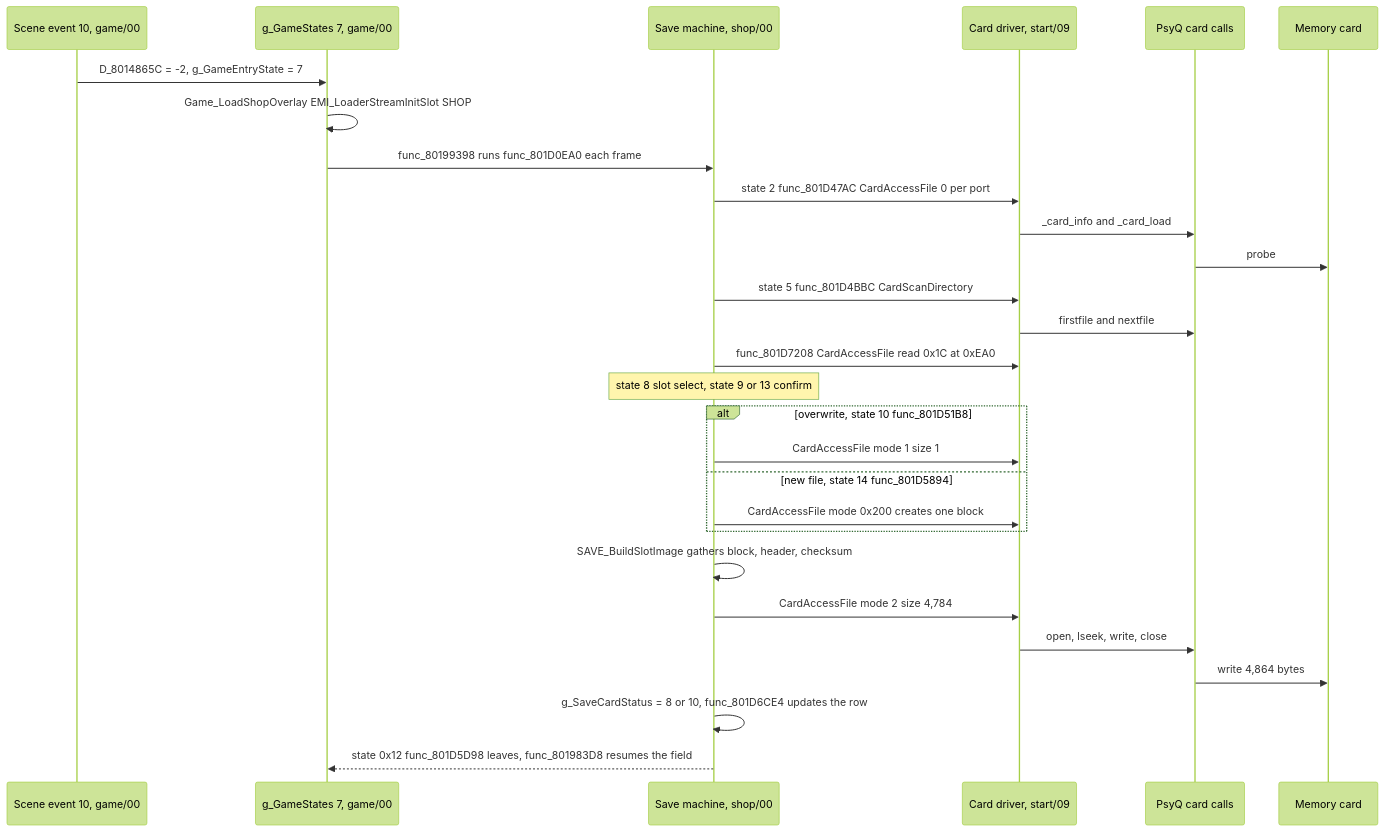
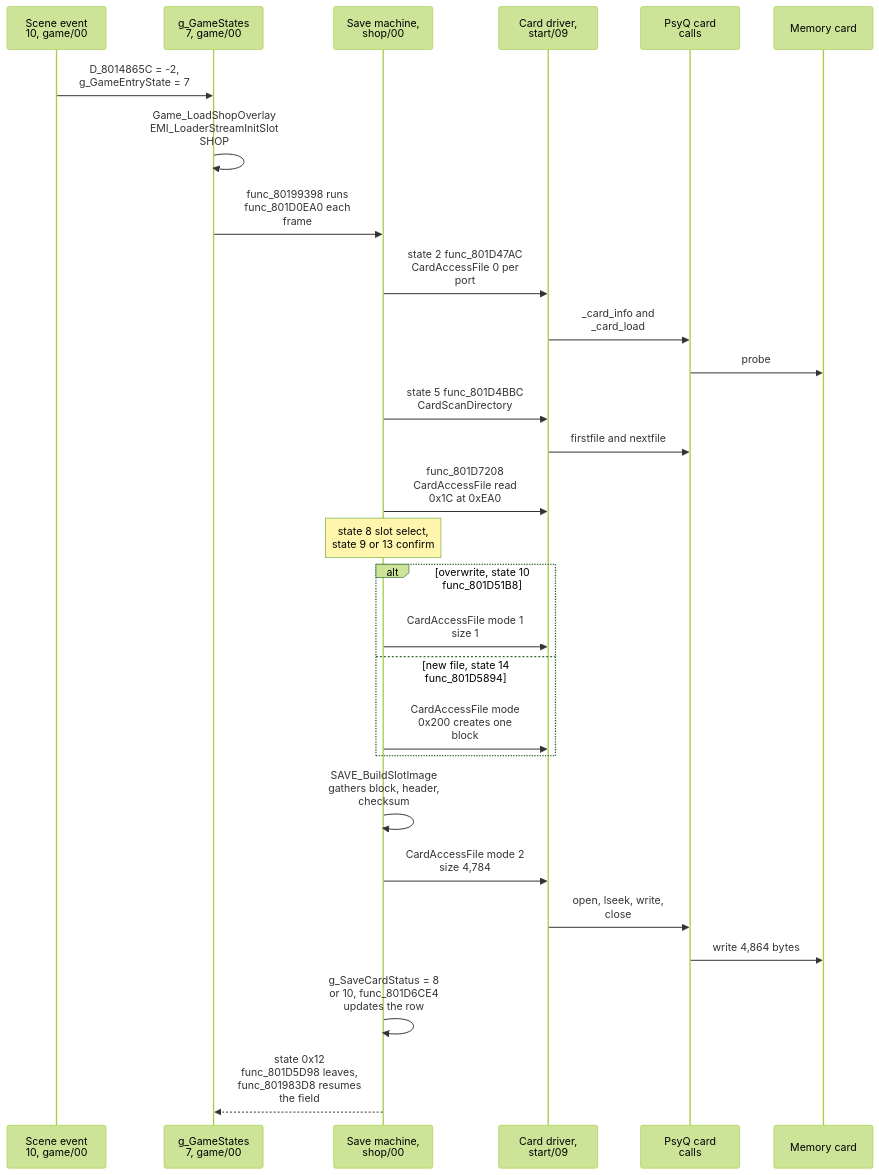
The first of 2 diagrams in src/content/docs/systems/saving.md (raulcorreia7/bof3-wiki), drawn with Mermaid (forest theme) before and after one commit. The commit also changed other lines of this file and 7 other files, not shown here.

Commit message:
fix(diagrams): break long sequence labels by hand, stop line-over-label and overlap

````diff
--- a/src/content/docs/systems/saving.md
+++ b/src/content/docs/systems/saving.md
@@ -32,31 +32,31 @@
 ```mermaid
 sequenceDiagram
-    participant Ev as Scene event 10, game/00
-    participant Main as g_GameStates 7, game/00
-    participant Sav as Save machine, shop/00
-    participant Drv as Card driver, start/09
-    participant Bios as PsyQ card calls
+    participant Ev as Scene event<br/>10, game/00
+    participant Main as g_GameStates<br/>7, game/00
+    participant Sav as Save machine,<br/>shop/00
+    participant Drv as Card driver,<br/>start/09
+    participant Bios as PsyQ card<br/>calls
     participant Card as Memory card
 
-    Ev->>Main: D_8014865C = -2, g_GameEntryState = 7
-    Main->>Main: Game_LoadShopOverlay EMI_LoaderStreamInitSlot SHOP
-    Main->>Sav: func_80199398 runs func_801D0EA0 each frame
-    Sav->>Drv: state 2 func_801D47AC CardAccessFile 0 per port
-    Drv->>Bios: _card_info and _card_load
+    Ev->>Main: D_8014865C = -2,<br/>g_GameEntryState = 7
+    Main->>Main: Game_LoadShopOverlay<br/>EMI_LoaderStreamInitSlot<br/>SHOP
+    Main->>Sav: func_80199398 runs<br/>func_801D0EA0 each<br/>frame
+    Sav->>Drv: state 2 func_801D47AC<br/>CardAccessFile 0 per<br/>port
+    Drv->>Bios: _card_info and<br/>_card_load
     Bios->>Card: probe
-    Sav->>Drv: state 5 func_801D4BBC CardScanDirectory
+    Sav->>Drv: state 5 func_801D4BBC<br/>CardScanDirectory
     Drv->>Bios: firstfile and nextfile
-    Sav->>Drv: func_801D7208 CardAccessFile read 0x1C at 0xEA0
-    Note over Sav: state 8 slot select, state 9 or 13 confirm
-    alt overwrite, state 10 func_801D51B8
-        Sav->>Drv: CardAccessFile mode 1 size 1
-    else new file, state 14 func_801D5894
-        Sav->>Drv: CardAccessFile mode 0x200 creates one block
+    Sav->>Drv: func_801D7208<br/>CardAccessFile read<br/>0x1C at 0xEA0
+    Note over Sav: state 8 slot select,<br/>state 9 or 13 confirm
+    alt overwrite, state 10<br/>func_801D51B8
+        Sav->>Drv: CardAccessFile mode 1<br/>size 1
+    else new file, state 14<br/>func_801D5894
+        Sav->>Drv: CardAccessFile mode<br/>0x200 creates one<br/>block
     end
-    Sav->>Sav: SAVE_BuildSlotImage gathers block, header, checksum
-    Sav->>Drv: CardAccessFile mode 2 size 4,784
-    Drv->>Bios: open, lseek, write, close
+    Sav->>Sav: SAVE_BuildSlotImage<br/>gathers block, header,<br/>checksum
+    Sav->>Drv: CardAccessFile mode 2<br/>size 4,784
+    Drv->>Bios: open, lseek, write,<br/>close
     Bios->>Card: write 4,864 bytes
-    Sav->>Sav: g_SaveCardStatus = 8 or 10, func_801D6CE4 updates the row
-    Sav-->>Main: state 0x12 func_801D5D98 leaves, func_801983D8 resumes the field
+    Sav->>Sav: g_SaveCardStatus = 8<br/>or 10, func_801D6CE4<br/>updates the row
+    Sav-->>Main: state 0x12<br/>func_801D5D98 leaves,<br/>func_801983D8 resumes<br/>the field
 ```
````
